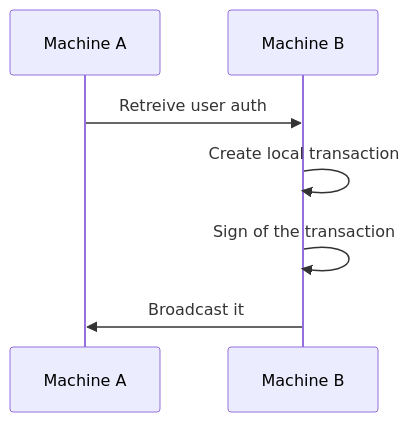
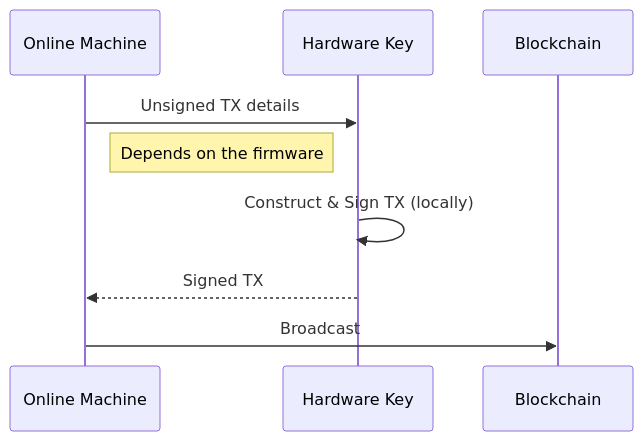
One commit to samouraiworld/peerdev changed the third of 3 diagrams in gno-tutorials/short-tutorials/9-airgap-tx/slides.md. Above: the diagram before and after it, drawn with Mermaid. The commit also changed other lines of this file and 1 other file, not shown here.

````diff
--- a/gno-tutorials/short-tutorials/9-airgap-tx/slides.md
+++ b/gno-tutorials/short-tutorials/9-airgap-tx/slides.md
@@ -44,10 +89,12 @@
 ```mermaid
-sequenceDiagram
-    participant A as Machine A
-    participant B as Machine B
-    
-    A->>B: Retreive user auth
-    B->>B: Create local transaction
-    B->>B: Sign of the transaction
-    B->>A: Broadcast it
+sequenceDiagram 
+    participant A as Online Machine
+    participant B as Hardware Key
+    participant C as Blockchain
+
+    A->>B: Unsigned TX details
+    Note right of A: Depends on the firmware
+    B->>B: Construct & Sign TX (locally)
+    B-->>A: Signed TX
+    A->>C: Broadcast
 ```
````
